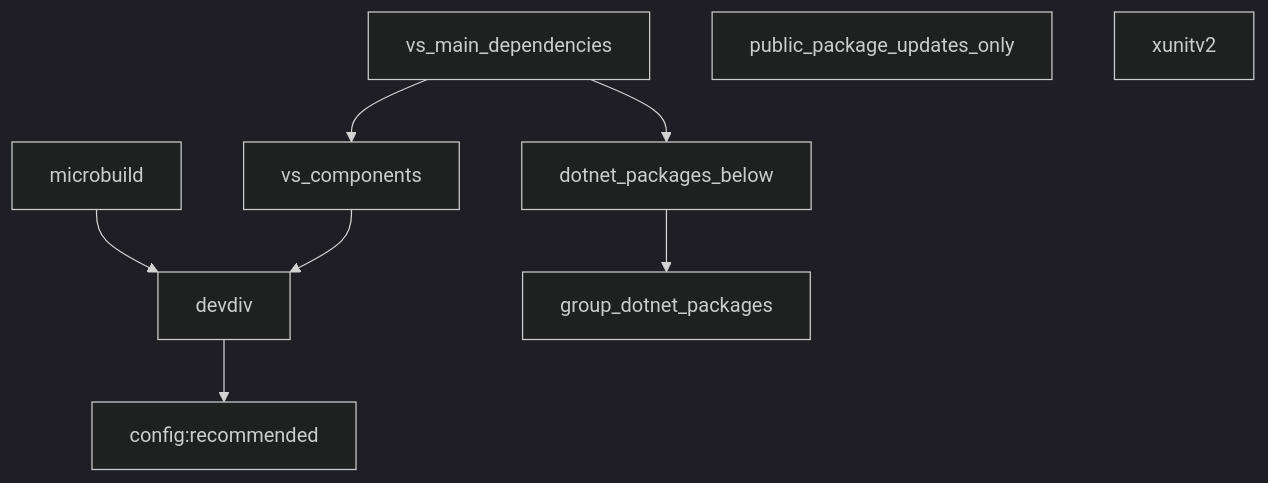
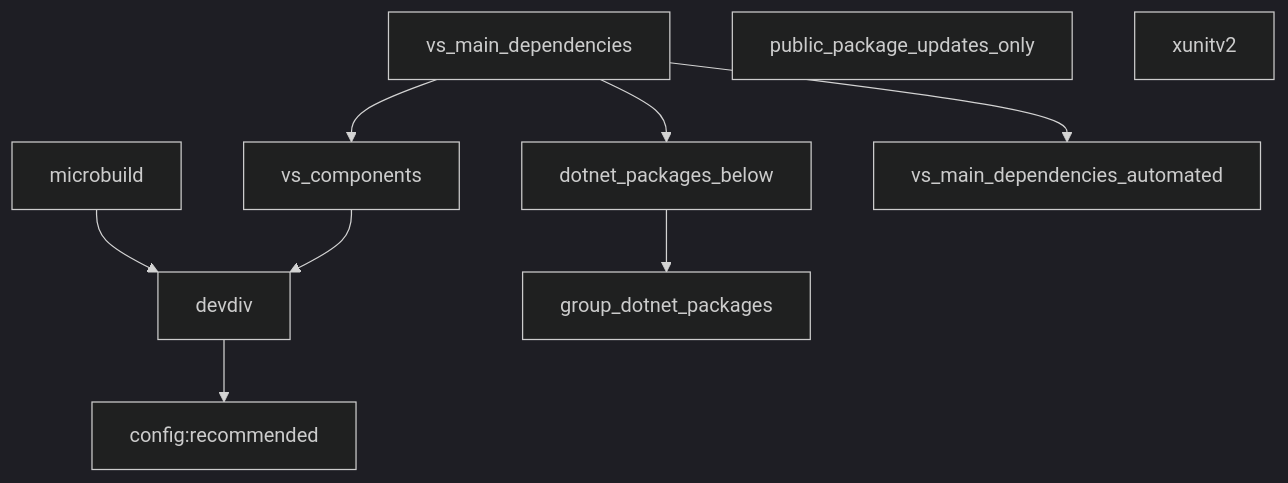
One commit to microsoft/vs-renovate-presets changed the diagram in README.md. Above: the diagram before and after it, drawn with Mermaid (dark theme). The commit also changed 3 other files, not shown here.

Commit message:
Set up vs_main_dependencies

````diff
--- a/README.md
+++ b/README.md
@@ -10,11 +10,12 @@
 ```mermaid
 flowchart TD
     devdiv --> configRecommended["config:recommended"]
     dotnet_packages_below --> group_dotnet_packages
     microbuild --> devdiv
     vs_components --> devdiv
     vs_main_dependencies --> vs_components
     vs_main_dependencies --> dotnet_packages_below
+    vs_main_dependencies --> vs_main_dependencies_automated
     public_package_updates_only
     xunitv2
 ```
````
